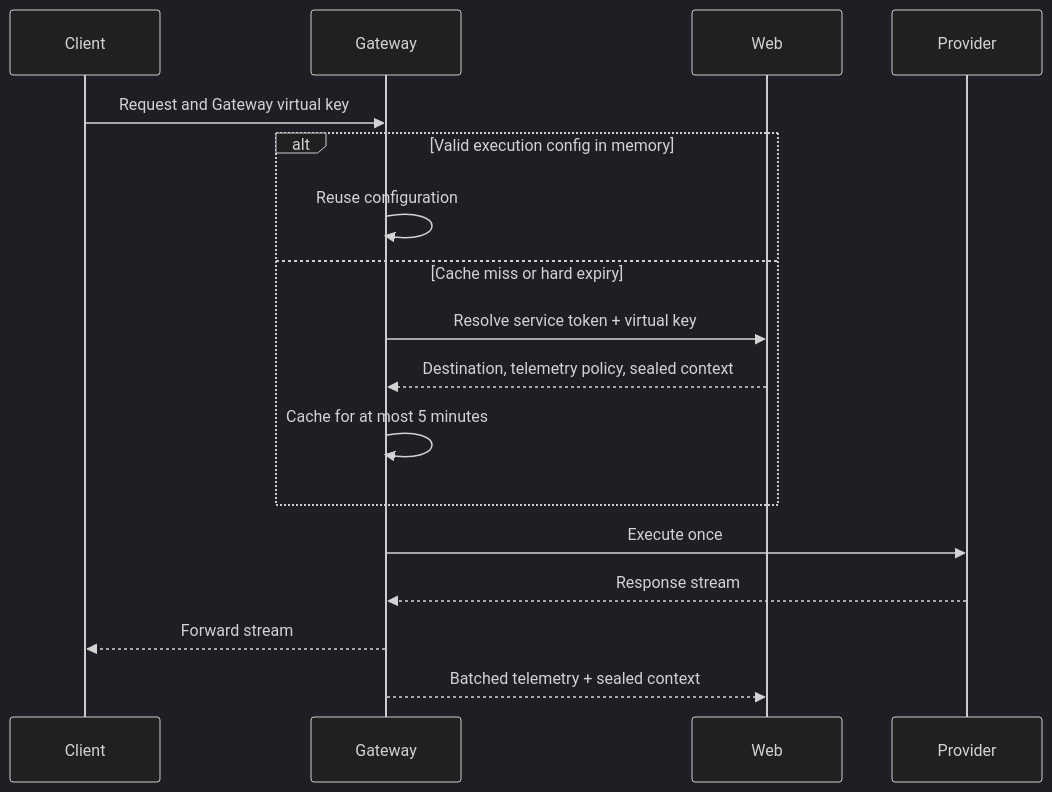
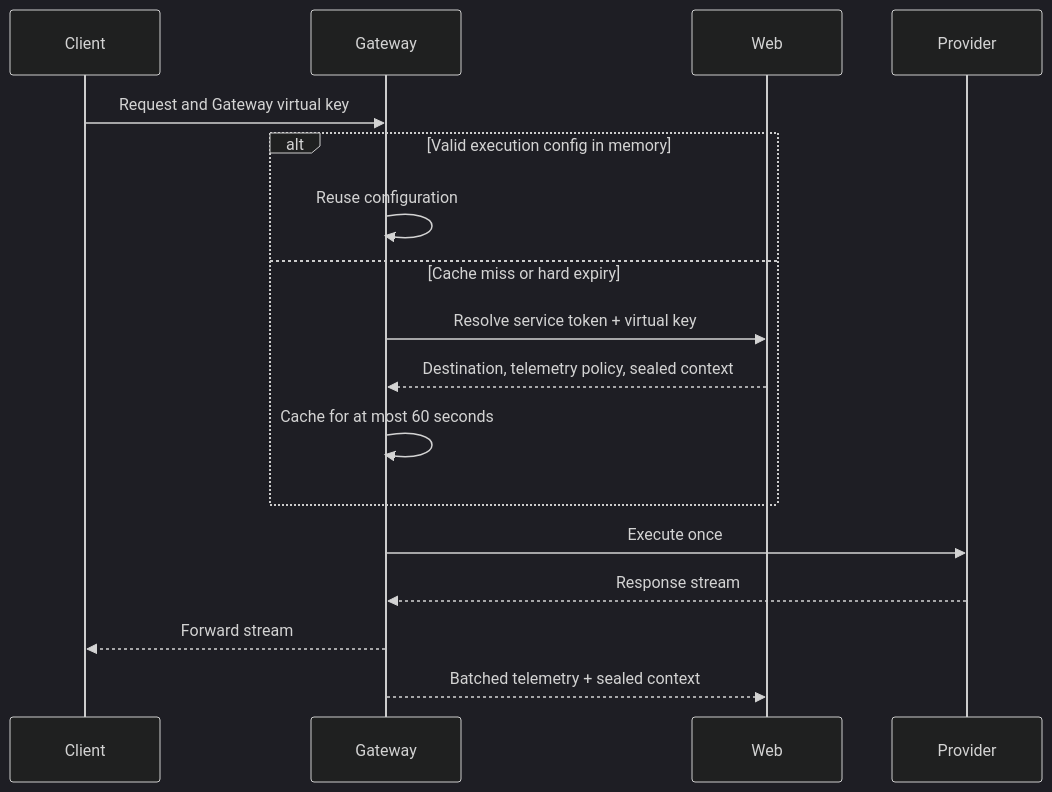
The second of 2 diagrams in specs/llm-gateway-rfc.md (langfuse/langfuse), drawn with Mermaid (dark theme) before and after one commit. The commit also changed other lines of this file, not shown here.

Commit message:
docs(ai-gateway): address RFC review feedback

````diff
--- a/specs/llm-gateway-rfc.md
+++ b/specs/llm-gateway-rfc.md
@@ -141,20 +134,20 @@
 ```mermaid
 sequenceDiagram
     participant Client
     participant Gateway
     participant Web
     participant Provider
 
     Client->>Gateway: Request and Gateway virtual key
     alt Valid execution config in memory
         Gateway->>Gateway: Reuse configuration
     else Cache miss or hard expiry
         Gateway->>Web: Resolve service token + virtual key
         Web-->>Gateway: Destination, telemetry policy, sealed context
-        Gateway->>Gateway: Cache for at most 5 minutes
+        Gateway->>Gateway: Cache for at most 60 seconds
     end
     Gateway->>Provider: Execute once
     Provider-->>Gateway: Response stream
     Gateway-->>Client: Forward stream
     Gateway-->>Web: Batched telemetry + sealed context
 ```
````
